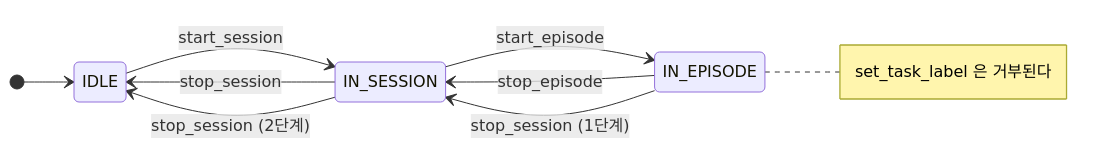
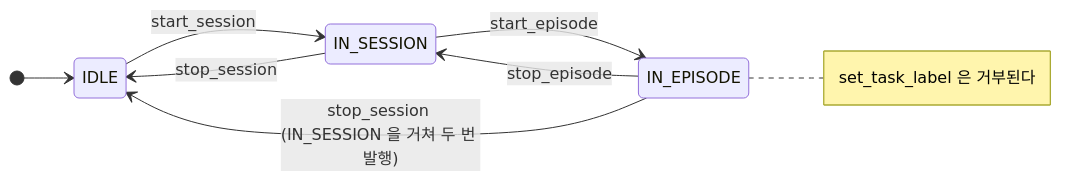
One commit to kwlee0220/rdfp_ws changed the diagram in docs/session/session_control_guide.md. Above: the diagram before and after it, drawn with Mermaid. The commit also changed other lines of this file and 50 other files, not shown here.

````diff
--- a/docs/session/session_control_guide.md
+++ b/docs/session/session_control_guide.md
@@ -52,19 +61,13 @@
 ```mermaid
 stateDiagram-v2
     direction LR
-
     [*] --> IDLE
-
     IDLE --> IN_SESSION : start_session
     IN_SESSION --> IDLE : stop_session
-
     IN_SESSION --> IN_EPISODE : start_episode
     IN_EPISODE --> IN_SESSION : stop_episode
-
-    IN_EPISODE --> IN_SESSION : stop_session (1단계)
-    IN_SESSION --> IDLE : stop_session (2단계)
-
+    IN_EPISODE --> IDLE : stop_session (IN_SESSION 을 거쳐 두 번 발행)
     note right of IN_EPISODE
         set_task_label 은 거부된다
     end note
 ```
````
